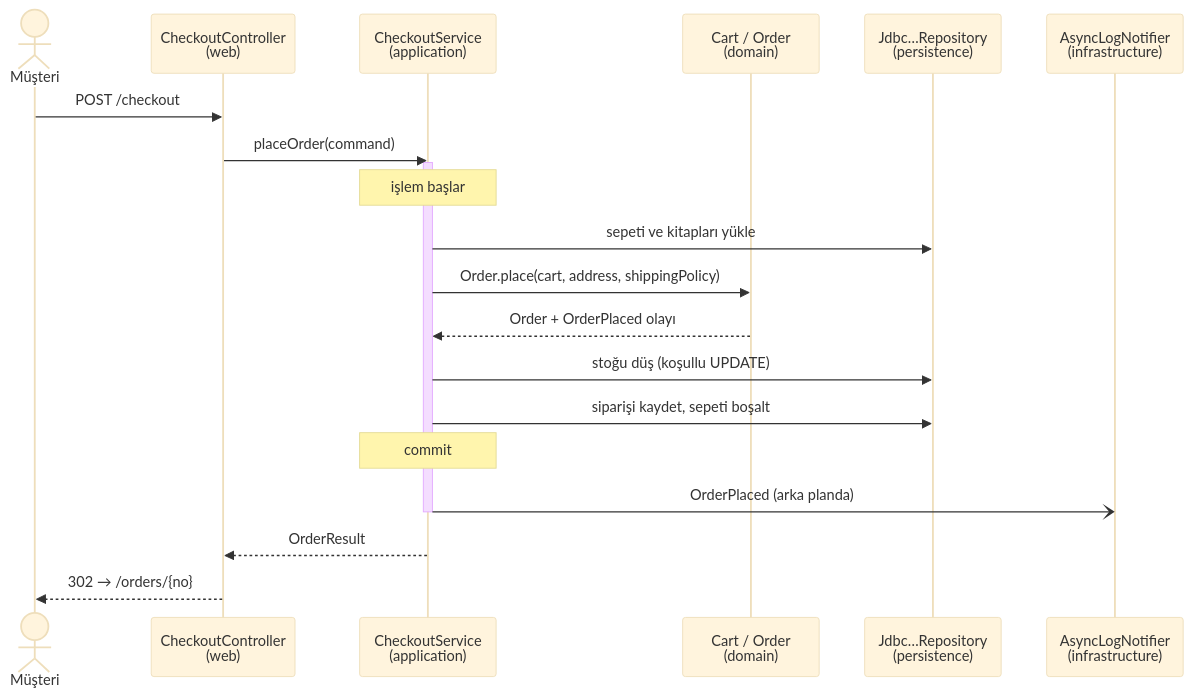
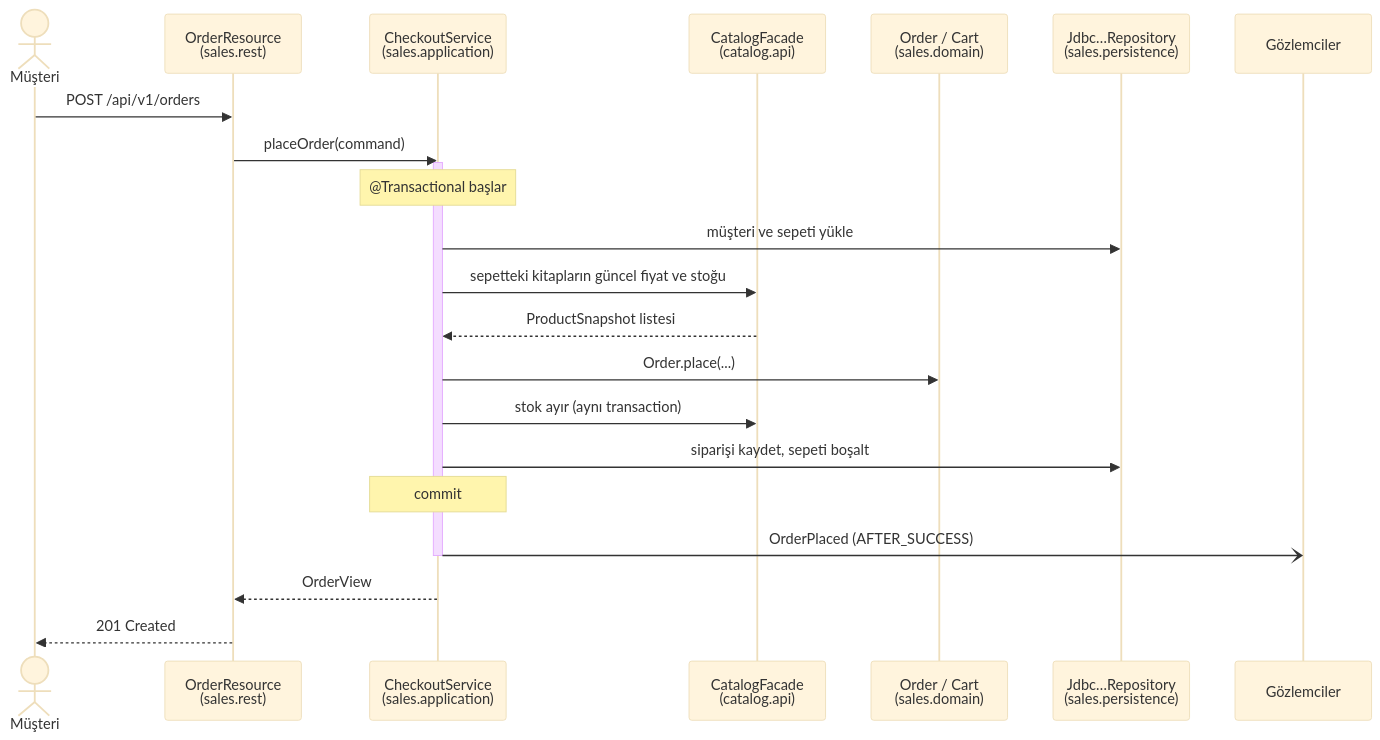
The second of 3 diagrams in docs/ARCHITECTURE.md (omerberatt/book-store), drawn with Mermaid (base theme) before and after one commit. The commit also changed other lines of this file and 23 other files, not shown here.

````diff
--- a/docs/ARCHITECTURE.md
+++ b/docs/ARCHITECTURE.md
@@ -196,24 +116,26 @@
 ```mermaid
 sequenceDiagram
     actor M as Müşteri
-    participant C as CheckoutController<br/>(web)
-    participant S as CheckoutService<br/>(application)
-    participant D as Cart / Order<br/>(domain)
-    participant R as Jdbc…Repository<br/>(persistence)
-    participant N as AsyncLogNotifier<br/>(infrastructure)
+    participant R as OrderResource<br/>(sales.rest)
+    participant S as CheckoutService<br/>(sales.application)
+    participant C as CatalogFacade<br/>(catalog.api)
+    participant D as Order / Cart<br/>(sales.domain)
+    participant P as Jdbc…Repository<br/>(sales.persistence)
+    participant O as Gözlemciler
 
-    M->>C: POST /checkout
-    C->>S: placeOrder(command)
+    M->>R: POST /api/v1/orders
+    R->>S: placeOrder(command)
     activate S
-    Note over S: işlem başlar
-    S->>R: sepeti ve kitapları yükle
-    S->>D: Order.place(cart, address, shippingPolicy)
-    D-->>S: Order + OrderPlaced olayı
-    S->>R: stoğu düş (koşullu UPDATE)
-    S->>R: siparişi kaydet, sepeti boşalt
+    Note over S: @Transactional başlar
+    S->>P: müşteri ve sepeti yükle
+    S->>C: sepetteki kitapların güncel fiyat ve stoğu
+    C-->>S: ProductSnapshot listesi
+    S->>D: Order.place(...)
+    S->>C: stok ayır (aynı transaction)
+    S->>P: siparişi kaydet, sepeti boşalt
     Note over S: commit
-    S-)N: OrderPlaced (arka planda)
+    S-)O: OrderPlaced (AFTER_SUCCESS)
     deactivate S
-    S-->>C: OrderResult
-    C-->>M: 302 → /orders/{no}
+    S-->>R: OrderView
+    R-->>M: 201 Created
 ```
````
